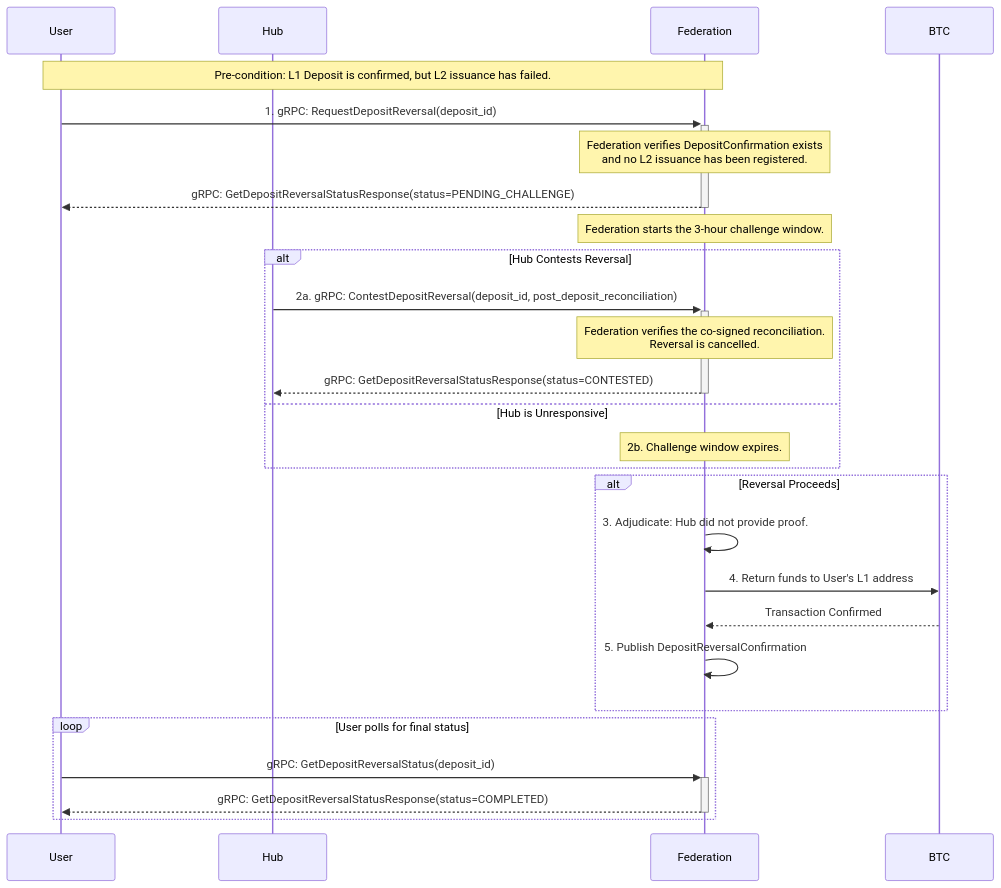
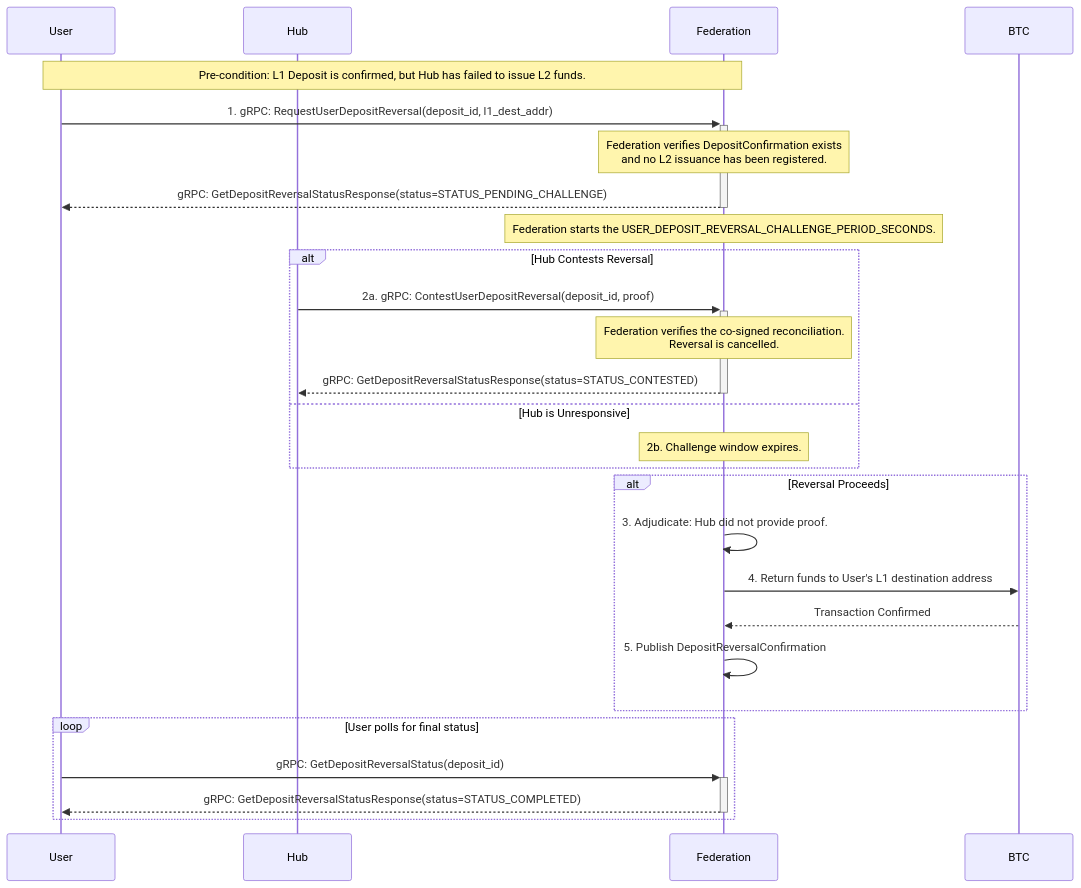
The second of 4 diagrams in architecture/btc-federation/protocols/protocol_btc<>vtcp_custody_deposit.md (vTCP-Foundation/workspace), drawn with Mermaid before and after one commit. The commit also changed other lines of this file and 1 other file, not shown here.

````diff
--- a/architecture/btc-federation/protocols/protocol_btc<>vtcp_custody_deposit.md
+++ b/architecture/btc-federation/protocols/protocol_btc<>vtcp_custody_deposit.md
@@ -662,35 +829,35 @@
 ```mermaid
 sequenceDiagram
     participant User
     participant Hub
     participant Federation
     participant BTC
 
-    note over User, Federation: Pre-condition: L1 Deposit is confirmed, but L2 issuance has failed.
+    note over User, Federation: Pre-condition: L1 Deposit is confirmed, but Hub has failed to issue L2 funds.
 
-    User->>+Federation: 1. gRPC: RequestDepositReversal(deposit_id)
+    User->>+Federation: 1. gRPC: RequestUserDepositReversal(deposit_id, l1_dest_addr)
     note over Federation: Federation verifies DepositConfirmation exists<br/>and no L2 issuance has been registered.
-    Federation-->>-User: gRPC: GetDepositReversalStatusResponse(status=PENDING_CHALLENGE)
+    Federation-->>-User: gRPC: GetDepositReversalStatusResponse(status=STATUS_PENDING_CHALLENGE)
     
-    note over Federation: Federation starts the 3-hour challenge window.
+    note over Federation: Federation starts the USER_DEPOSIT_REVERSAL_CHALLENGE_PERIOD_SECONDS.
 
     alt Hub Contests Reversal
-        Hub->>+Federation: 2a. gRPC: ContestDepositReversal(deposit_id, post_deposit_reconciliation)
+        Hub->>+Federation: 2a. gRPC: ContestUserDepositReversal(deposit_id, proof)
         note over Federation: Federation verifies the co-signed reconciliation.<br/>Reversal is cancelled.
-        Federation-->>-Hub: gRPC: GetDepositReversalStatusResponse(status=CONTESTED)
+        Federation-->>-Hub: gRPC: GetDepositReversalStatusResponse(status=STATUS_CONTESTED)
     else Hub is Unresponsive
         note over Federation: 2b. Challenge window expires.
     end
 
     alt Reversal Proceeds
         Federation->>Federation: 3. Adjudicate: Hub did not provide proof.
-        Federation->>BTC: 4. Return funds to User's L1 address
+        Federation->>BTC: 4. Return funds to User's L1 destination address
         BTC-->>Federation: Transaction Confirmed
         Federation->>Federation: 5. Publish DepositReversalConfirmation
     end
 
     loop User polls for final status
         User->>+Federation: gRPC: GetDepositReversalStatus(deposit_id)
-        Federation-->>-User: gRPC: GetDepositReversalStatusResponse(status=COMPLETED)
+        Federation-->>-User: gRPC: GetDepositReversalStatusResponse(status=STATUS_COMPLETED)
     end
 ```
````
